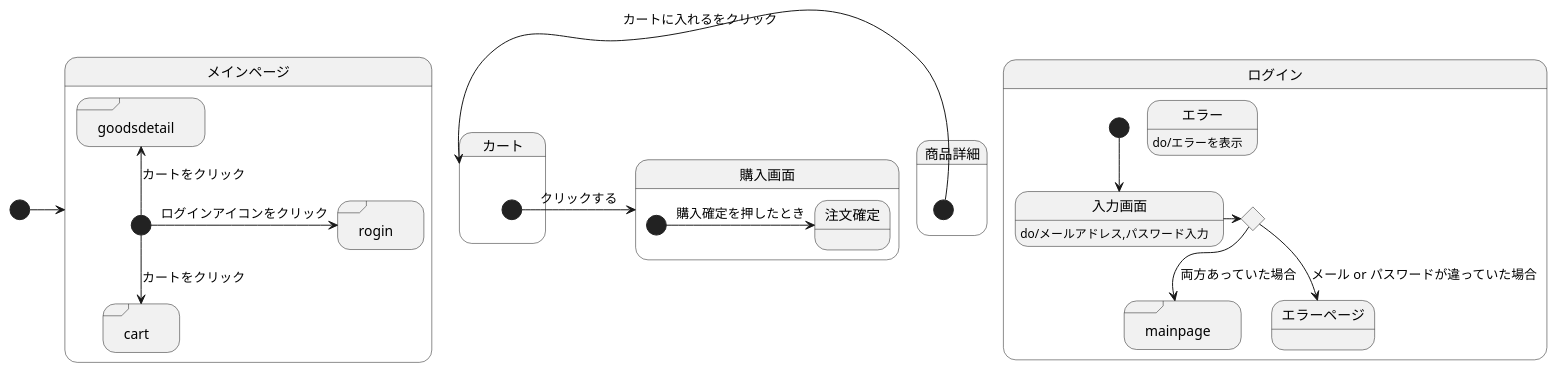
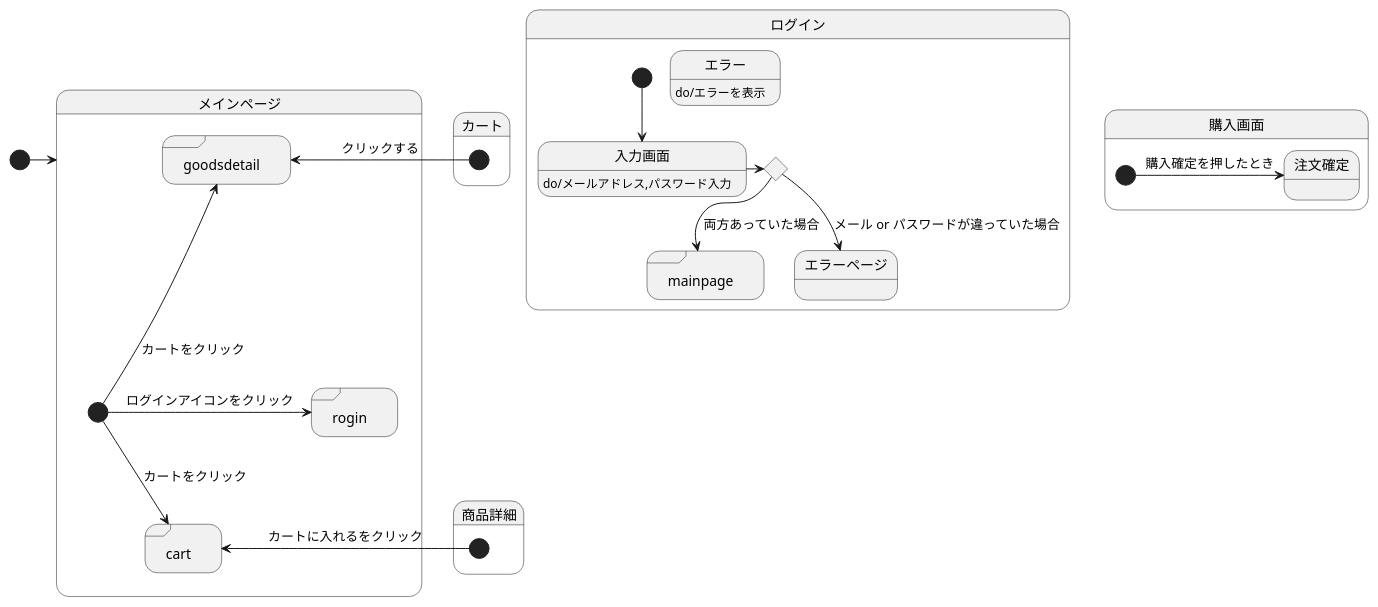
One commit to akutori/T-D-E changed the diagram in UML.md. Above: the diagram before and after it, drawn with PlantUML.

````diff
--- a/UML.md
+++ b/UML.md
@@ -1,38 +1,38 @@
 ```uml
 @startuml
 [*]->メインページ
 state メインページ{
 state "rogin" <<sdlreceive>>
 state "cart" <<sdlreceive>>
 state "goodsdetail" <<sdlreceive>>
     [*]-> rogin :ログインアイコンをクリック
     [*]--> cart :カートをクリック
     [*]-up-> goodsdetail :カートをクリック
 }
 
 
 state ログイン{
 state input <<choice>>
 state "mainpage"<<sdlreceive>>
 入力画面:do/メールアドレス,パスワード入力
 エラー:do/エラーを表示
     [*]--> 入力画面
     入力画面->input
     input-->エラーページ:メール or パスワードが違っていた場合
     input-->mainpage : 両方あっていた場合
 
 }
 
 state 購入画面{
     [*]->注文確定 :購入確定を押したとき
 }
 
 state カート{
-    [*]->購入画面 :クリックする
+    [*]->goodsdetail :クリックする
 }
 state 商品詳細{
-    [*]->カート :カートに入れるをクリック
+    [*]->cart :カートに入れるをクリック
 }
 
 @enduml
 ```
````
